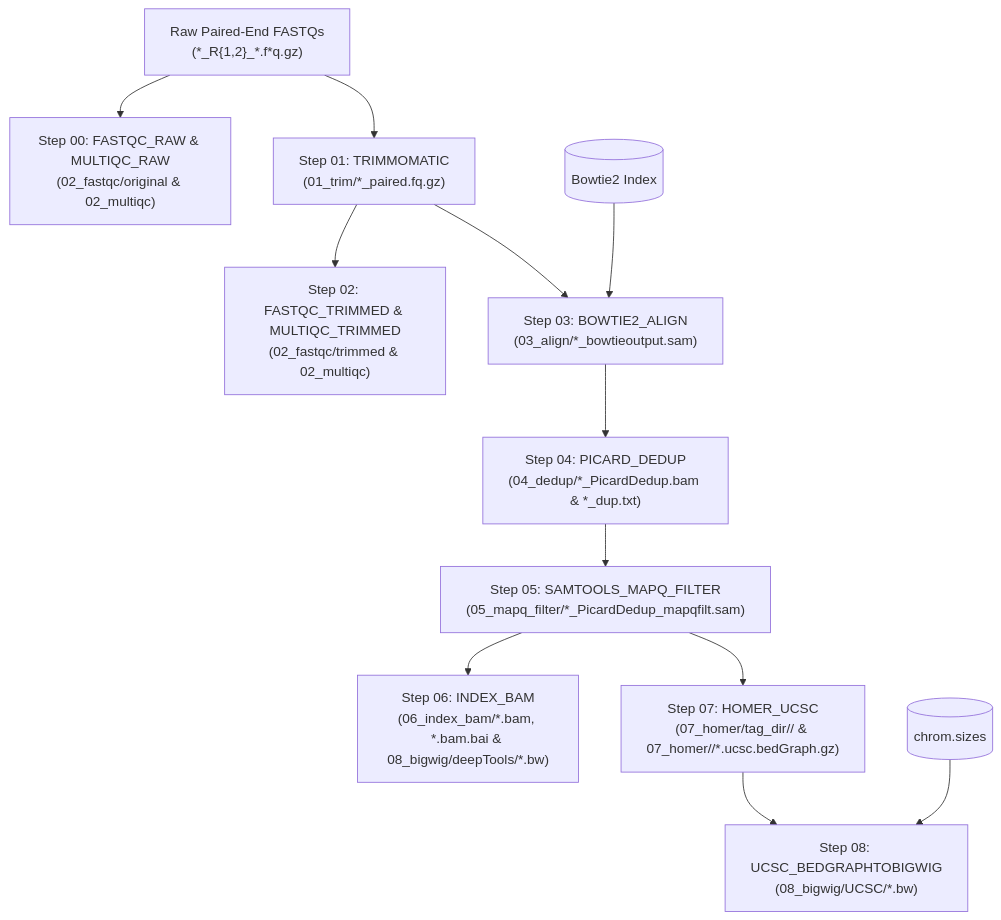
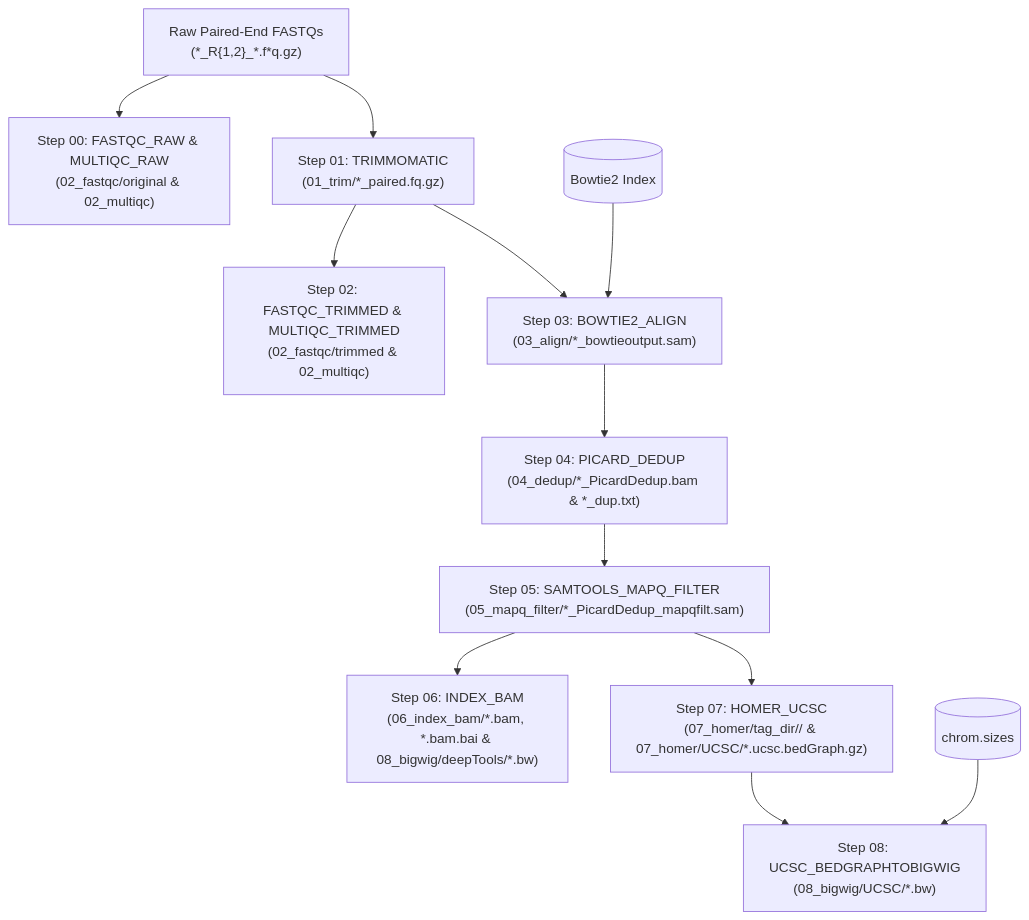
The diagram in README.md (DanHUMassMed/Cut_And_Run_Nextflow), drawn with Mermaid before and after one commit. The commit also changed other lines of this file and 32 other files, not shown here.

````diff
--- a/README.md
+++ b/README.md
@@ -53,14 +52,14 @@
 ```mermaid
 flowchart TD
     FQ["Raw Paired-End FASTQs<br/>(*_R{1,2}_*.f*q.gz)"] --> S00["Step 00: FASTQC_RAW & MULTIQC_RAW<br/>(02_fastqc/original & 02_multiqc)"]
     FQ --> S01["Step 01: TRIMMOMATIC<br/>(01_trim/*_paired.fq.gz)"]
     S01 --> S02["Step 02: FASTQC_TRIMMED & MULTIQC_TRIMMED<br/>(02_fastqc/trimmed & 02_multiqc)"]
     S01 --> S03["Step 03: BOWTIE2_ALIGN<br/>(03_align/*_bowtieoutput.sam)"]
     BT2[("Bowtie2 Index")] --> S03
     S03 --> S04["Step 04: PICARD_DEDUP<br/>(04_dedup/*_PicardDedup.bam & *_dup.txt)"]
     S04 --> S05["Step 05: SAMTOOLS_MAPQ_FILTER<br/>(05_mapq_filter/*_PicardDedup_mapqfilt.sam)"]
     S05 --> S06["Step 06: INDEX_BAM<br/>(06_index_bam/*.bam, *.bam.bai & 08_bigwig/deepTools/*.bw)"]
-    S05 --> S07["Step 07: HOMER_UCSC<br/>(07_homer/tag_dir/<sample>/ & 07_homer/<sample>/*.ucsc.bedGraph.gz)"]
+    S05 --> S07["Step 07: HOMER_UCSC<br/>(07_homer/tag_dir/<sample>/ & 07_homer/UCSC/*.ucsc.bedGraph.gz)"]
     S07 --> S08["Step 08: UCSC_BEDGRAPHTOBIGWIG<br/>(08_bigwig/UCSC/*.bw)"]
     CS[("chrom.sizes")] --> S08
 ```
````
